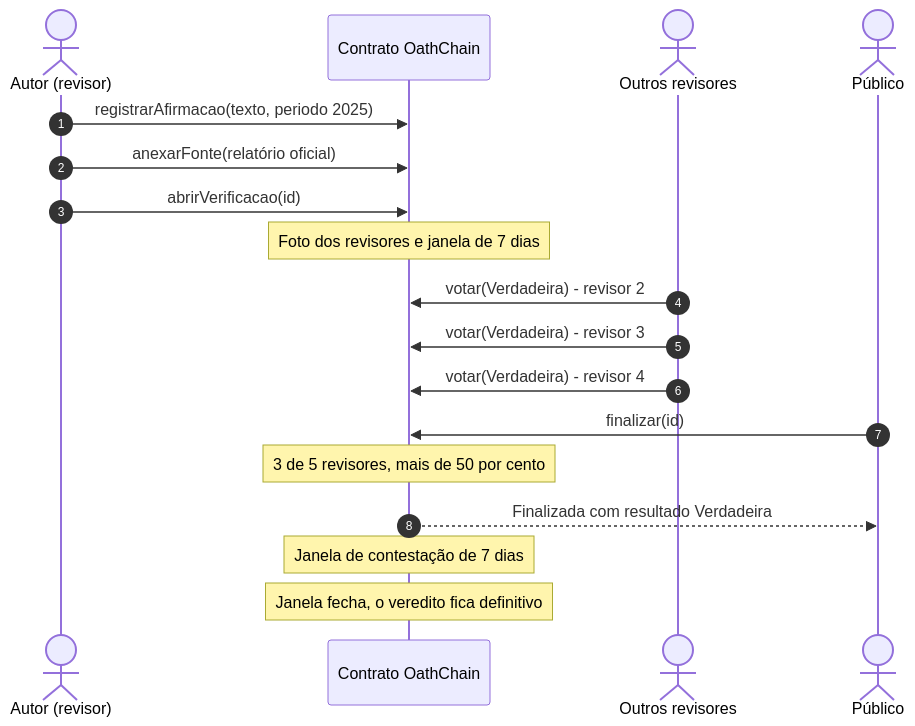
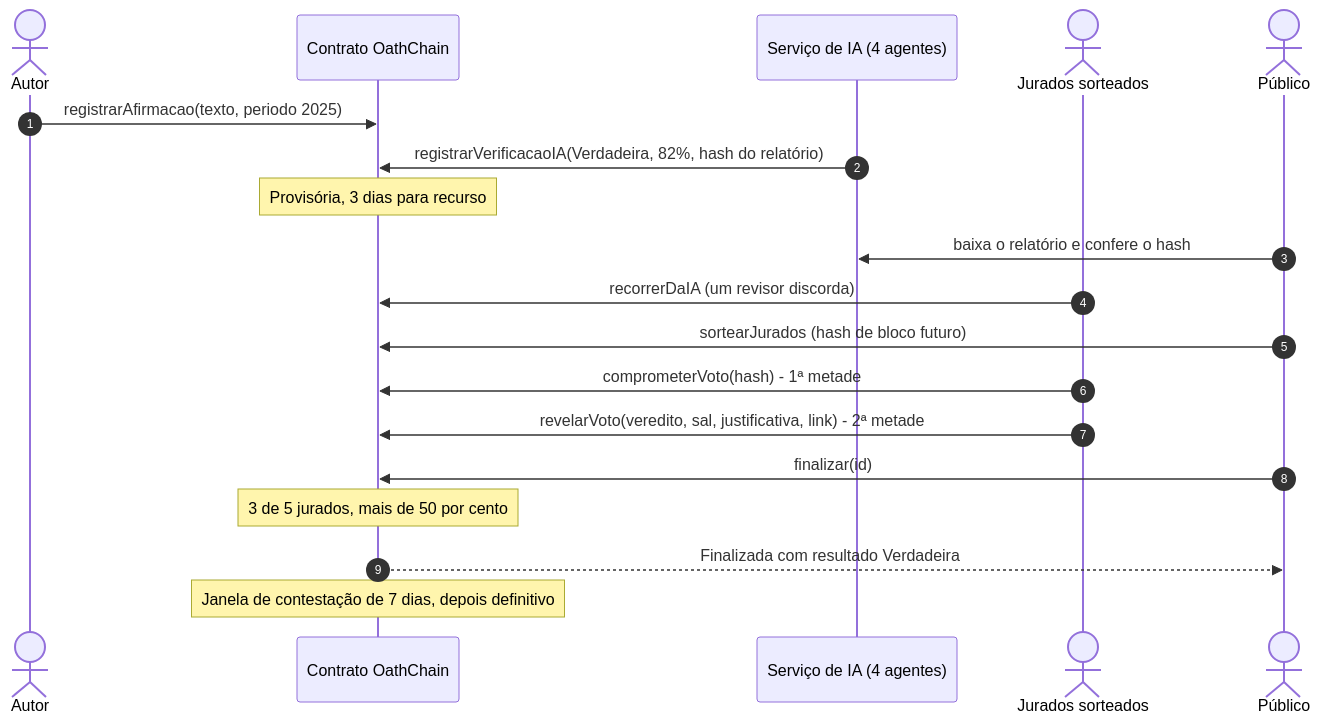
The second of 7 diagrams in README.md (paivafgustavo/OathChain), drawn with Mermaid before and after one commit. The commit also changed other lines of this file and 34 other files, not shown here.

Commit message:
v5: verificacao hibrida por IA, juri sorteado, voto secreto e candidatura de revisores

````diff
--- a/README.md
+++ b/README.md
@@ -125,21 +135,22 @@
 ```mermaid
 sequenceDiagram
     autonumber
-    actor A as Autor (revisor)
+    actor A as Autor
     participant C as Contrato OathChain
-    actor R as Outros revisores
+    participant IA as Serviço de IA (4 agentes)
+    actor J as Jurados sorteados
     actor P as Público
 
     A->>C: registrarAfirmacao(texto, periodo 2025)
-    A->>C: anexarFonte(relatório oficial)
-    A->>C: abrirVerificacao(id)
-    Note over C: Foto dos revisores e janela de 7 dias
-    R->>C: votar(Verdadeira) - revisor 2
-    R->>C: votar(Verdadeira) - revisor 3
-    R->>C: votar(Verdadeira) - revisor 4
+    IA->>C: registrarVerificacaoIA(Verdadeira, 82%, hash do relatório)
+    Note over C: Provisória, 3 dias para recurso
+    P->>IA: baixa o relatório e confere o hash
+    J->>C: recorrerDaIA (um revisor discorda)
+    P->>C: sortearJurados (hash de bloco futuro)
+    J->>C: comprometerVoto(hash) - 1ª metade
+    J->>C: revelarVoto(veredito, sal, justificativa, link) - 2ª metade
     P->>C: finalizar(id)
-    Note over C: 3 de 5 revisores, mais de 50 por cento
+    Note over C: 3 de 5 jurados, mais de 50 por cento
     C-->>P: Finalizada com resultado Verdadeira
-    Note over C: Janela de contestação de 7 dias
-    Note over C: Janela fecha, o veredito fica definitivo
+    Note over C: Janela de contestação de 7 dias, depois definitivo
 ```
````
